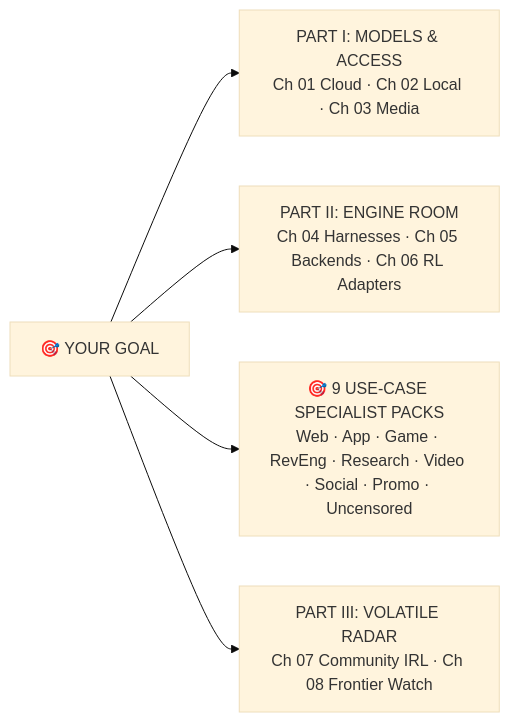
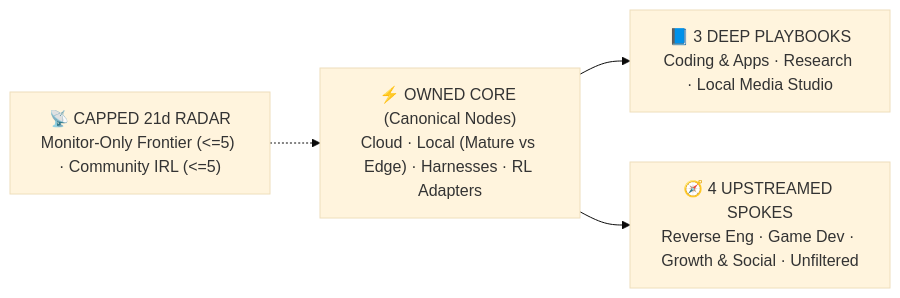
Before and after one commit to initalok/ai-swissknife: the diagram in README.md, drawn with Mermaid (base theme). The commit also changed other lines of this file and 79 other files, not shown here.

Commit message:
feat(v4-beta): lean 7-file Hub-and-Spoke rebirth, implicit 4-edge state, canonical URL law & polymorphic views

````diff
--- a/README.md
+++ b/README.md
@@ -10,7 +21,9 @@
 ```mermaid
 flowchart LR
-    NEED["🎯 YOUR GOAL"] --> P1["PART I: MODELS & ACCESS<br/>Ch 01 Cloud · Ch 02 Local · Ch 03 Media"]
-    NEED --> P2["PART II: ENGINE ROOM<br/>Ch 04 Harnesses · Ch 05 Backends · Ch 06 RL Adapters"]
-    NEED --> PACKS["🎯 9 USE-CASE SPECIALIST PACKS<br/>Web · App · Game · RevEng · Research · Video · Social · Promo · Uncensored"]
-    NEED --> P3["PART III: VOLATILE RADAR<br/>Ch 07 Community IRL · Ch 08 Frontier Watch"]
+    HUB["⚡ OWNED CORE (Canonical Nodes)<br/>Cloud · Local (Mature vs Edge) · Harnesses · RL Adapters"]
+    PB["📘 3 DEEP PLAYBOOKS<br/>Coding & Apps · Research · Local Media Studio"]
+    SP["🧭 4 UPSTREAMED SPOKES<br/>Reverse Eng · Game Dev · Growth & Social · Unfiltered"]
+    RAD["📡 CAPPED 21d RADAR<br/>Monitor-Only Frontier (<=5) · Community IRL (<=5)"]
+    HUB --> PB & SP
+    RAD -.-> HUB
 ```
````
